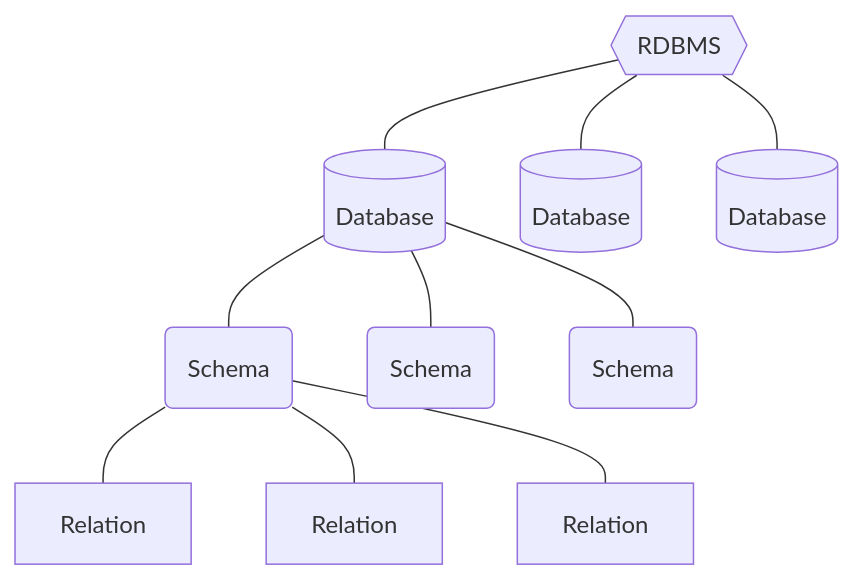
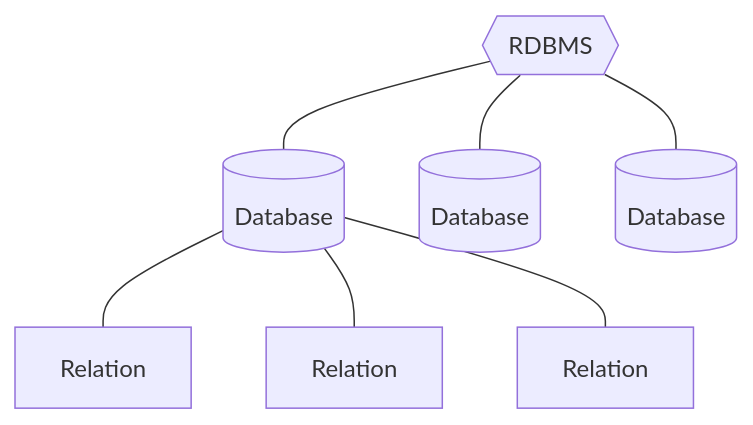
Before and after one commit to bingyangchen/KM-software: the diagram in Database/淺談 Database.md, drawn with Mermaid. The commit also changed other lines of this file and 55 other files, not shown here.

````diff
--- a/Database/淺談 Database.md
+++ b/Database/淺談 Database.md
@@ -68,22 +68,16 @@
 ```mermaid
 flowchart TD
     RDBMS{{RDBMS}}
     d1[(Database)]
     d2[(Database)]
     d3[(Database)]
-    s1(Schema)
-    s2(Schema)
-    s3(Schema)
     r1[Relation]
     r2[Relation]
     r3[Relation]
     RDBMS --- d1
     RDBMS --- d2
     RDBMS --- d3
-    d1 --- s1
-    d1 --- s2
-    d1 --- s3
-    s1 --- r1
-    s1 --- r2
-    s1 --- r3
+    d1 --- r1
+    d1 --- r2
+    d1 --- r3
 ```
````
